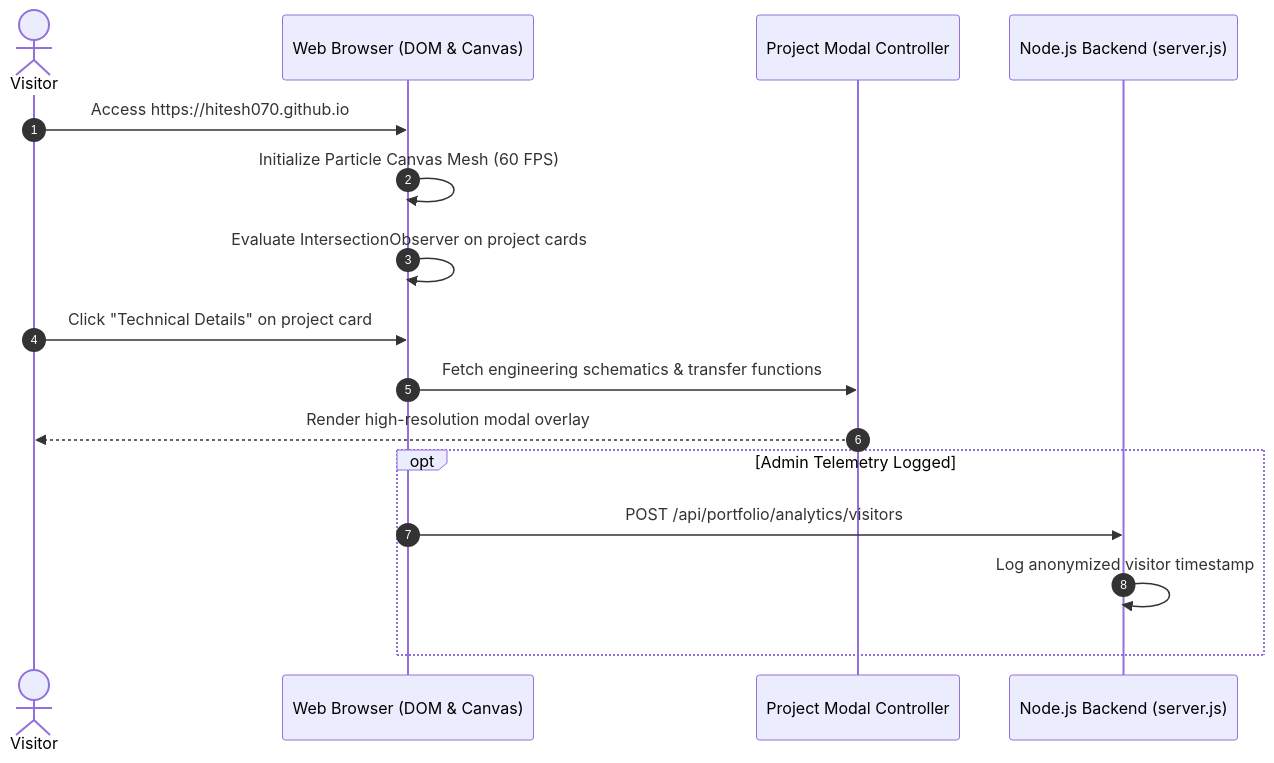
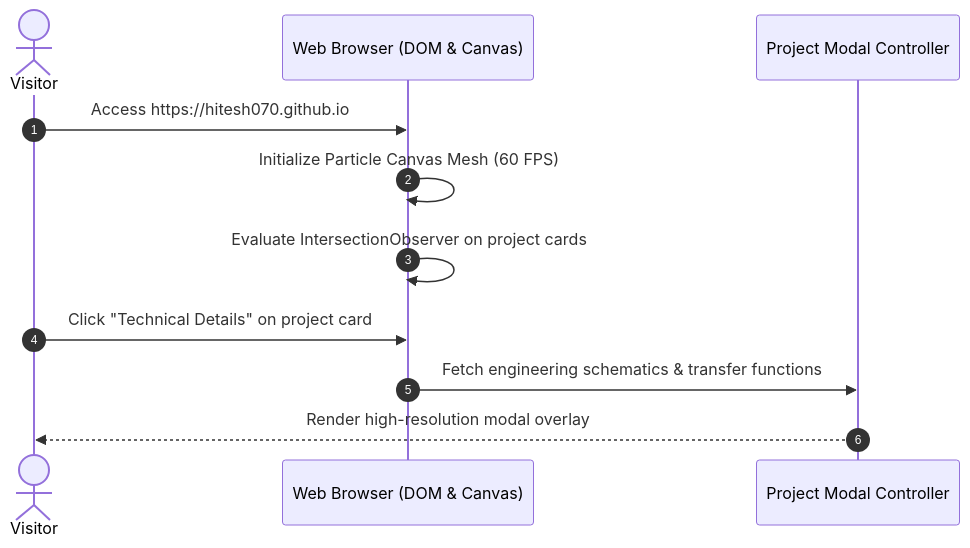
One commit to Hitesh070/Hitesh070.github.io changed the second of 2 diagrams in README.md. Above: the diagram before and after it, drawn with Mermaid. The commit also changed other lines of this file and 7 other files, not shown here.

Commit message:
chore: remove administrative backend, tunnel script, and admin documentation

````diff
--- a/README.md
+++ b/README.md
@@ -245,19 +199,14 @@
 ```mermaid
 sequenceDiagram
     autonumber
     actor Visitor
     participant Browser as Web Browser (DOM & Canvas)
     participant Modal as Project Modal Controller
-    participant Server as Node.js Backend (server.js)
 
     Visitor->>Browser: Access https://hitesh070.github.io
     Browser->>Browser: Initialize Particle Canvas Mesh (60 FPS)
     Browser->>Browser: Evaluate IntersectionObserver on project cards
     Visitor->>Browser: Click "Technical Details" on project card
     Browser->>Modal: Fetch engineering schematics & transfer functions
     Modal-->>Visitor: Render high-resolution modal overlay
-    opt Admin Telemetry Logged
-        Browser->>Server: POST /api/portfolio/analytics/visitors
-        Server->>Server: Log anonymized visitor timestamp
-    end
 ```
````
